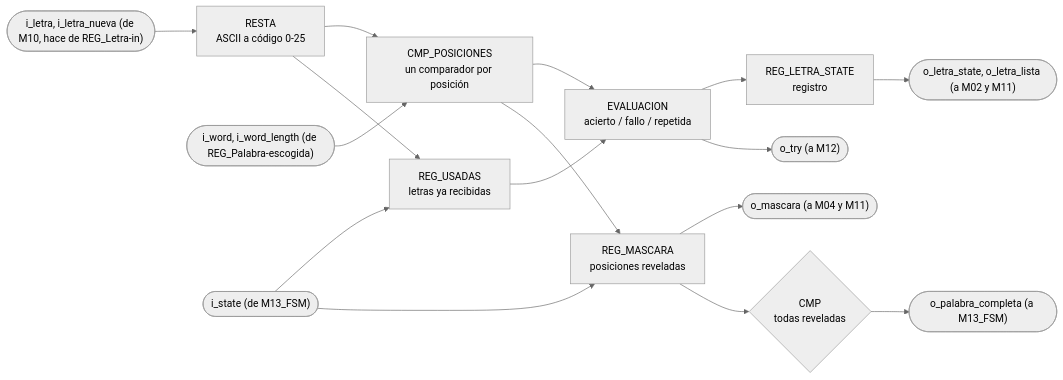
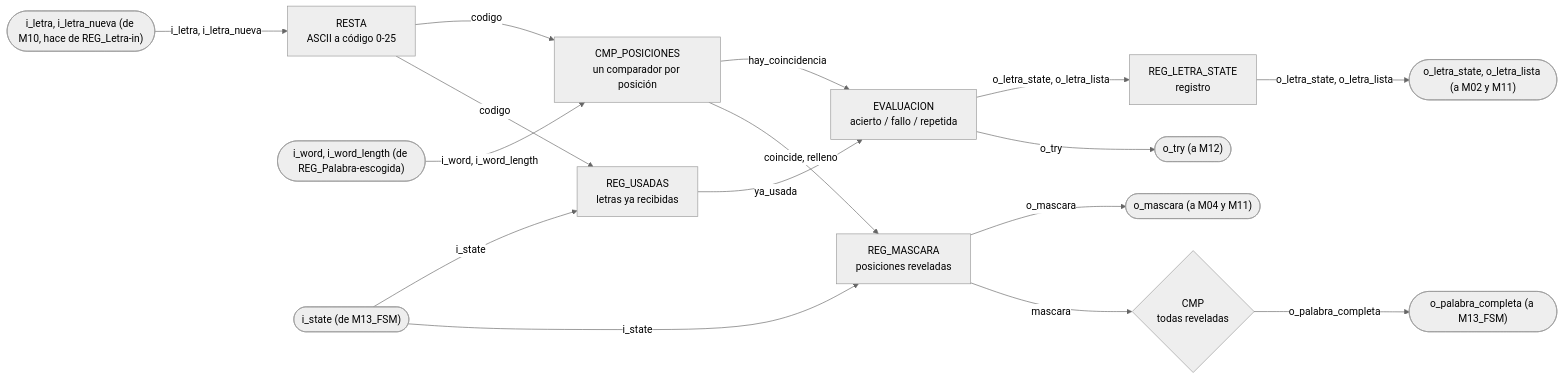
One commit to Taller-de-diseno-digital-GR01/Proyecto-2-Ahorcado changed the first of 2 diagrams in docs/diseño/modulos/M07_Comparador-letra.md. Above: the diagram before and after it, drawn with Mermaid (neutral theme). The commit also changed 10 other files, not shown here.

````diff
--- a/docs/diseño/modulos/M07_Comparador-letra.md
+++ b/docs/diseño/modulos/M07_Comparador-letra.md
@@ -9,18 +9,18 @@
 ```mermaid
 flowchart LR
-    IN_LETRA(["i_letra, i_letra_nueva (de M10, hace de REG_Letra-in)"]) --> CONV["RESTA<br/>ASCII a código 0-25"]
-    CONV --> CMP_POS["CMP_POSICIONES<br/>un comparador por posición"]
-    IN_W(["i_word, i_word_length (de REG_Palabra-escogida)"]) --> CMP_POS
-    CONV --> REG_USADAS["REG_USADAS<br/>letras ya recibidas"]
-    IN_STATE(["i_state (de M13_FSM)"]) --> REG_USADAS
-    IN_STATE --> REG_MASC["REG_MASCARA<br/>posiciones reveladas"]
-    CMP_POS --> EVAL["EVALUACION<br/>acierto / fallo / repetida"]
-    REG_USADAS --> EVAL
-    CMP_POS --> REG_MASC
-    EVAL --> REG_ST["REG_LETRA_STATE<br/>registro"]
-    REG_ST --> OUT_ST(["o_letra_state, o_letra_lista (a M02 y M11)"])
-    EVAL --> OUT_TRY(["o_try (a M12)"])
-    REG_MASC --> OUT_MASC(["o_mascara (a M04 y M11)"])
-    REG_MASC --> CMP_FIN{"CMP<br/>todas reveladas"}
-    CMP_FIN --> OUT_COMP(["o_palabra_completa (a M13_FSM)"])
+    IN_LETRA(["i_letra, i_letra_nueva (de M10, hace de REG_Letra-in)"]) -->|"i_letra, i_letra_nueva"| CONV["RESTA<br/>ASCII a código 0-25"]
+    CONV -->|codigo| CMP_POS["CMP_POSICIONES<br/>un comparador por posición"]
+    IN_W(["i_word, i_word_length (de REG_Palabra-escogida)"]) -->|"i_word, i_word_length"| CMP_POS
+    CONV -->|codigo| REG_USADAS["REG_USADAS<br/>letras ya recibidas"]
+    IN_STATE(["i_state (de M13_FSM)"]) -->|i_state| REG_USADAS
+    IN_STATE -->|i_state| REG_MASC["REG_MASCARA<br/>posiciones reveladas"]
+    CMP_POS -->|hay_coincidencia| EVAL["EVALUACION<br/>acierto / fallo / repetida"]
+    REG_USADAS -->|ya_usada| EVAL
+    CMP_POS -->|"coincide, relleno"| REG_MASC
+    EVAL -->|"o_letra_state, o_letra_lista"| REG_ST["REG_LETRA_STATE<br/>registro"]
+    REG_ST -->|"o_letra_state, o_letra_lista"| OUT_ST(["o_letra_state, o_letra_lista (a M02 y M11)"])
+    EVAL -->|o_try| OUT_TRY(["o_try (a M12)"])
+    REG_MASC -->|o_mascara| OUT_MASC(["o_mascara (a M04 y M11)"])
+    REG_MASC -->|mascara| CMP_FIN{"CMP<br/>todas reveladas"}
+    CMP_FIN -->|o_palabra_completa| OUT_COMP(["o_palabra_completa (a M13_FSM)"])
 ```
````
